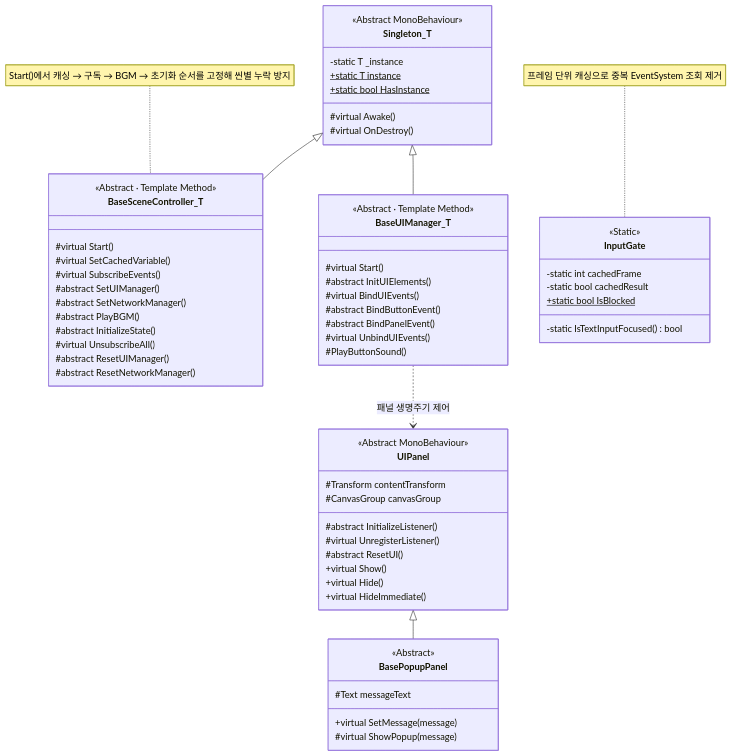
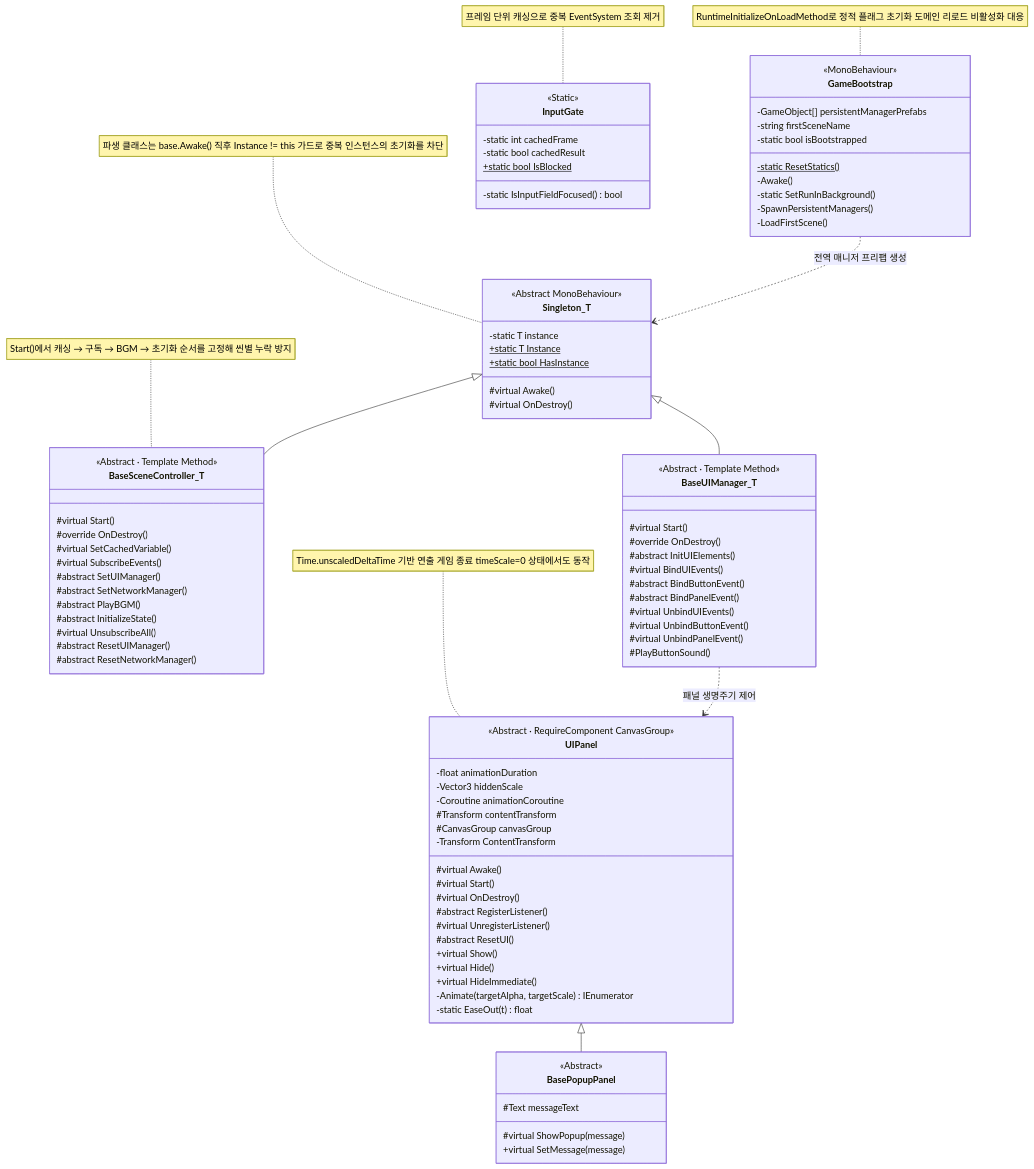
The second of 15 diagrams in Docs/ClassDiagram.md (dbwoaud/ElementalWar_portfolio), drawn with Mermaid before and after one commit. The commit also changed other lines of this file, not shown here.

````diff
--- a/Docs/ClassDiagram.md
+++ b/Docs/ClassDiagram.md
@@ -115,17 +133,32 @@
 ```mermaid
 classDiagram
+    class GameBootstrap {
+        <<MonoBehaviour>>
+        -GameObject[] persistentManagerPrefabs
+        -string firstSceneName
+        -static bool isBootstrapped
+        -static ResetStatics()$
+        -Awake()
+        -static SetRunInBackground()
+        -SpawnPersistentManagers()
+        -LoadFirstScene()
+    }
+    note for GameBootstrap "RuntimeInitializeOnLoadMethod로 정적 플래그 초기화 도메인 리로드 비활성화 대응"
+
     class Singleton_T {
         <<Abstract MonoBehaviour>>
-        -static T _instance
-        +static T instance$
+        -static T instance
+        +static T Instance$
         +static bool HasInstance$
         #virtual Awake()
         #virtual OnDestroy()
     }
+    note for Singleton_T "파생 클래스는 base.Awake() 직후 Instance != this 가드로 중복 인스턴스의 초기화를 차단"
 
     class BaseSceneController_T {
         <<Abstract · Template Method>>
         #virtual Start()
+        #override OnDestroy()
         #virtual SetCachedVariable()
         #virtual SubscribeEvents()
         #abstract SetUIManager()
@@ -141,31 +174,44 @@
     class BaseUIManager_T {
         <<Abstract · Template Method>>
         #virtual Start()
+        #override OnDestroy()
         #abstract InitUIElements()
         #virtual BindUIEvents()
         #abstract BindButtonEvent()
         #abstract BindPanelEvent()
         #virtual UnbindUIEvents()
+        #virtual UnbindButtonEvent()
+        #virtual UnbindPanelEvent()
         #PlayButtonSound()
     }
 
     class UIPanel {
-        <<Abstract MonoBehaviour>>
+        <<Abstract · RequireComponent CanvasGroup>>
+        -float animationDuration
+        -Vector3 hiddenScale
+        -Coroutine animationCoroutine
         #Transform contentTransform
         #CanvasGroup canvasGroup
-        #abstract InitializeListener()
+        -Transform ContentTransform
+        #virtual Awake()
+        #virtual Start()
+        #virtual OnDestroy()
+        #abstract RegisterListener()
         #virtual UnregisterListener()
         #abstract ResetUI()
         +virtual Show()
         +virtual Hide()
         +virtual HideImmediate()
+        -Animate(targetAlpha, targetScale) IEnumerator
+        -static EaseOut(t) float
     }
+    note for UIPanel "Time.unscaledDeltaTime 기반 연출 게임 종료 timeScale=0 상태에서도 동작"
 
     class BasePopupPanel {
         <<Abstract>>
         #Text messageText
+        #virtual ShowPopup(message)
         +virtual SetMessage(message)
-        #virtual ShowPopup(message)
     }
 
     class InputGate {
@@ -173,7 +219,7 @@
         -static int cachedFrame
         -static bool cachedResult
         +static bool IsBlocked$
-        -static IsTextInputFocused() bool
+        -static IsInputFieldFocused() bool
     }
     note for InputGate "프레임 단위 캐싱으로 중복 EventSystem 조회 제거"
 
@@ -181,4 +227,5 @@
     Singleton_T <|-- BaseUIManager_T
     UIPanel <|-- BasePopupPanel
     BaseUIManager_T ..> UIPanel : 패널 생명주기 제어
+    GameBootstrap ..> Singleton_T : 전역 매니저 프리팹 생성
 ```
````
